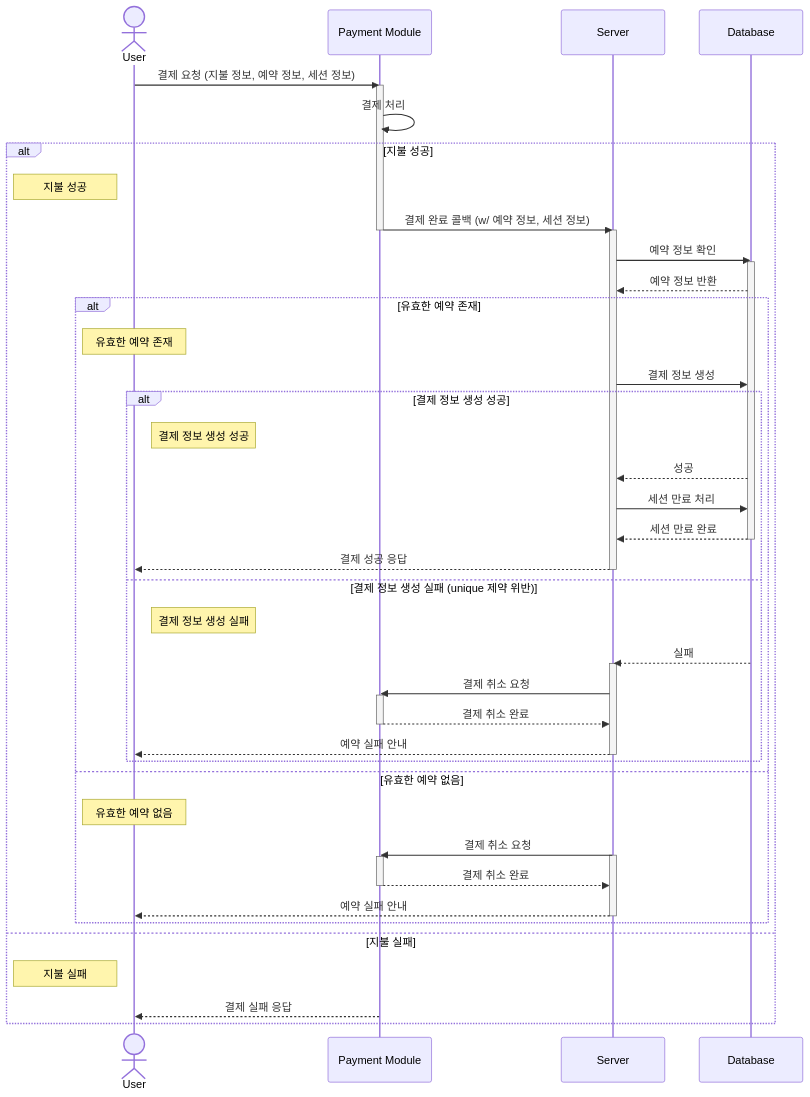
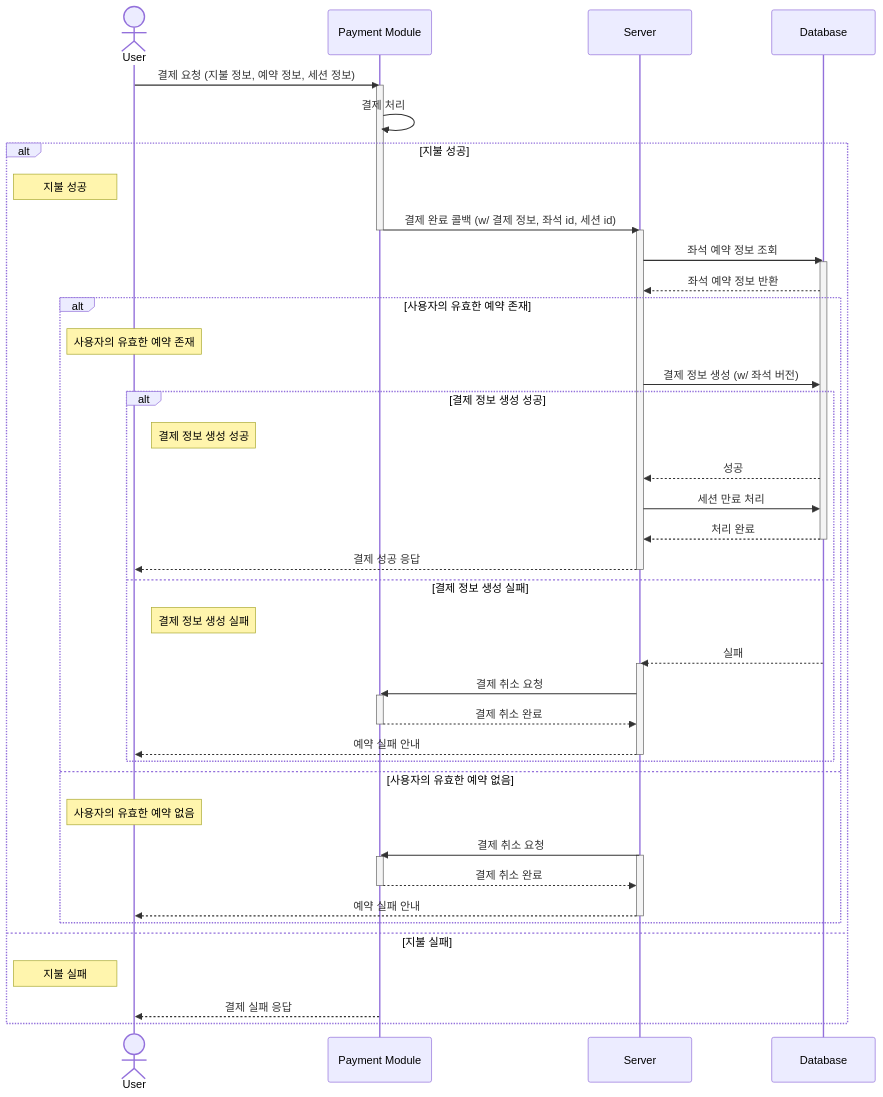
One commit to rivolt0421/HH-plus-concert changed the fifth of 6 diagrams in README.md. Above: the diagram before and after it, drawn with Mermaid.

Commit message:
결제 - 시퀀스 다이어그램 수정

````diff
--- a/README.md
+++ b/README.md
@@ -141,56 +141,55 @@
 ```mermaid
 sequenceDiagram
   actor U as User
   participant P as Payment Module
   participant S as Server
   participant D as Database
 
   U ->> P: 결제 요청 (지불 정보, 예약 정보, 세션 정보)
   activate P
   P ->> P: 결제 처리
   alt 지불 성공
     Note left of U: 지불 성공
-    P ->> S: 결제 완료 콜백 (w/ 예약 정보, 세션 정보)
+    P ->> S: 결제 완료 콜백 (w/ 결제 정보, 좌석 id, 세션 id)
     deactivate P
     activate S
-    S ->> D: 예약 정보 확인
+    S ->> D: 좌석 예약 정보 조회
     activate D
-    D -->> S: 예약 정보 반환
-    alt 유효한 예약 존재
-      Note over U: 유효한 예약 존재
-      S ->> D: 결제 정보 생성
+    D -->> S: 좌석 예약 정보 반환
+    alt 사용자의 유효한 예약 존재
+      Note over U: 사용자의 유효한 예약 존재
+      S ->> D: 결제 정보 생성 (w/ 좌석 버전)
       alt 결제 정보 생성 성공
       Note right of U: 결제 정보 생성 성공
         D -->> S: 성공
         S ->> D: 세션 만료 처리
-        D -->> S: 세션 만료 완료
+        D -->> S: 처리 완료
         deactivate D
         S -->> U: 결제 성공 응답
         deactivate S
-      else 결제 정보 생성 실패 (unique 제약 위반)
+      else 결제 정보 생성 실패
         Note right of U: 결제 정보 생성 실패
         D -->> S: 실패
         activate S
         S ->> P: 결제 취소 요청
         activate P
         P -->> S: 결제 취소 완료
         deactivate P
         S -->> U: 예약 실패 안내
         deactivate S
       end
-    else 유효한 예약 없음
-      Note over U: 유효한 예약 없음
+    else 사용자의 유효한 예약 없음
+      Note over U: 사용자의 유효한 예약 없음
       S ->> P: 결제 취소 요청
       activate S
       activate P
       P -->> S: 결제 취소 완료
       deactivate P
       S -->> U: 예약 실패 안내
       deactivate S
     end
   else 지불 실패
     Note left of U: 지불 실패
     P -->> U: 결제 실패 응답
-
   end
 ```
````
